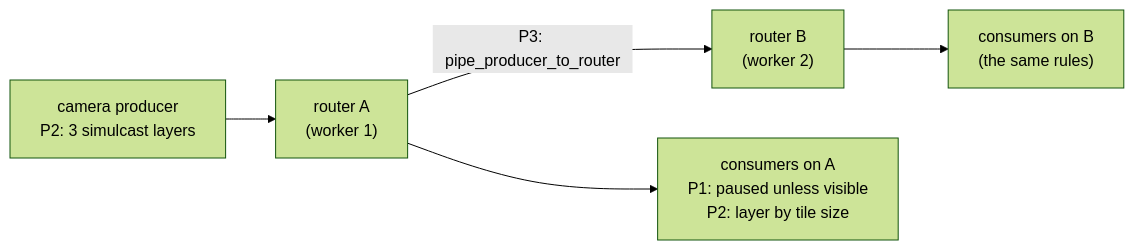
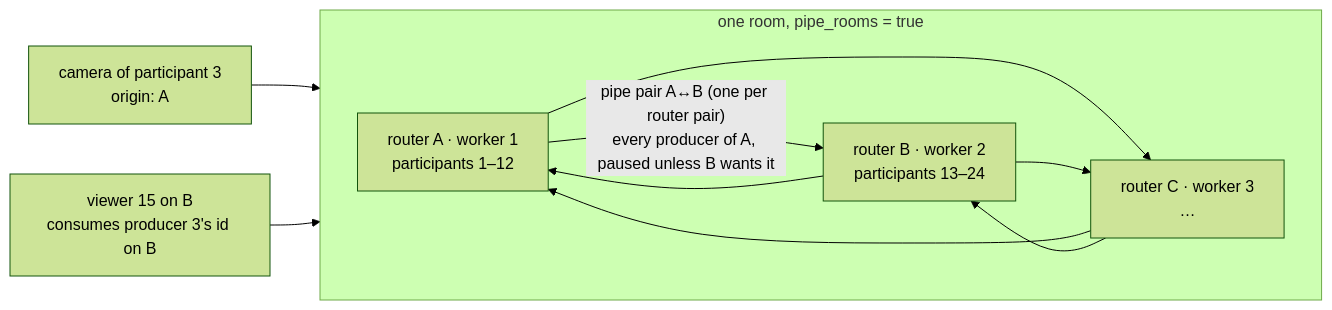
The third of 3 diagrams in docs/fr/FR-127-meeting-room-scales-past-one-worker.md (gjovanov/roomler-ai), drawn with Mermaid (forest theme) before and after one commit. The commit also changed other lines of this file, not shown here.

First line of the commit message:
docs(fr-127): P0 — the design read against the code: the view, the ladder, the pipe topology, the bench and the field lane (#2991)

````diff
--- a/docs/fr/FR-127-meeting-room-scales-past-one-worker.md
+++ b/docs/fr/FR-127-meeting-room-scales-past-one-worker.md
@@ -32,7 +259,17 @@
 ```mermaid
 flowchart LR
-  cam["camera producer<br/>P2: 3 simulcast layers"] --> rA["router A<br/>(worker 1)"]
-  rA -->|"P3: pipe_producer_to_router"| rB["router B<br/>(worker 2)"]
-  rA --> cA["consumers on A<br/>P1: paused unless visible<br/>P2: layer by tile size"]
-  rB --> cB["consumers on B<br/>(the same rules)"]
+  subgraph room["one room, pipe_rooms = true"]
+    direction LR
+    A["router A · worker 1<br/>participants 1–12"]
+    B["router B · worker 2<br/>participants 13–24"]
+    C["router C · worker 3<br/>…"]
+    A -->|"pipe pair A↔B (one per router pair)<br/>every producer of A, paused unless B wants it"| B
+    A --> C
+    B --> A
+    B --> C
+    C --> A
+    C --> B
+  end
+  cam["camera of participant 3<br/>origin: A"] --> A
+  v15["viewer 15 on B<br/>consumes producer 3's id on B"] --> B
 ```
````
